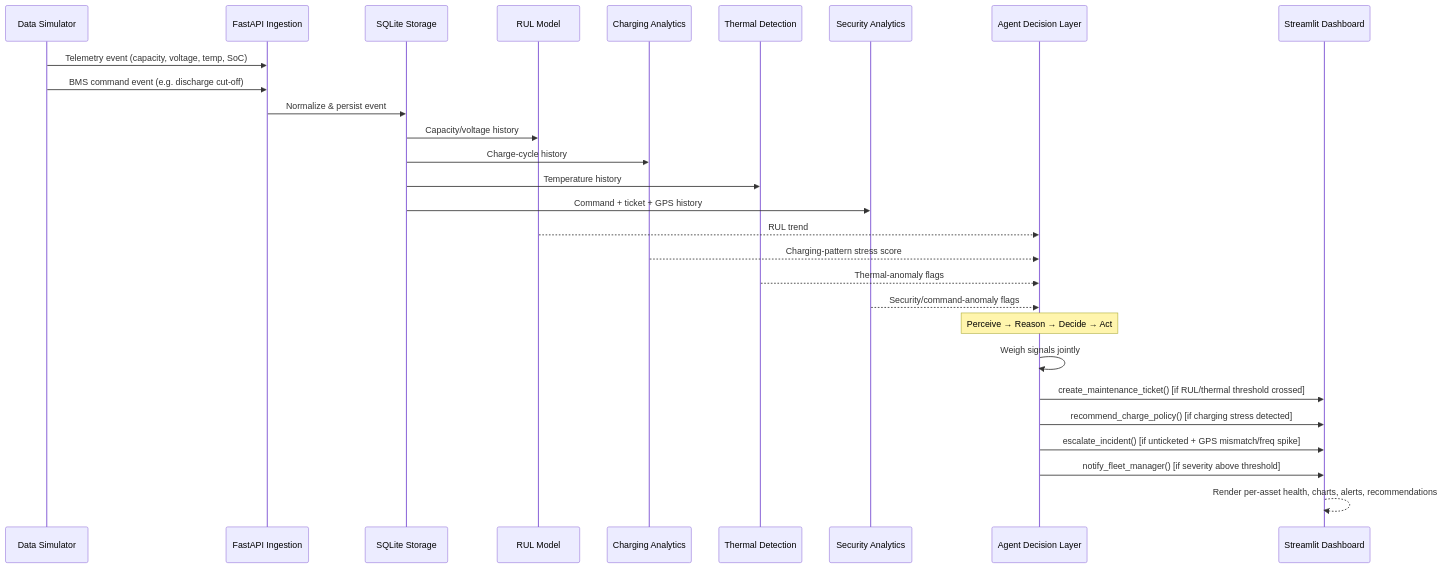
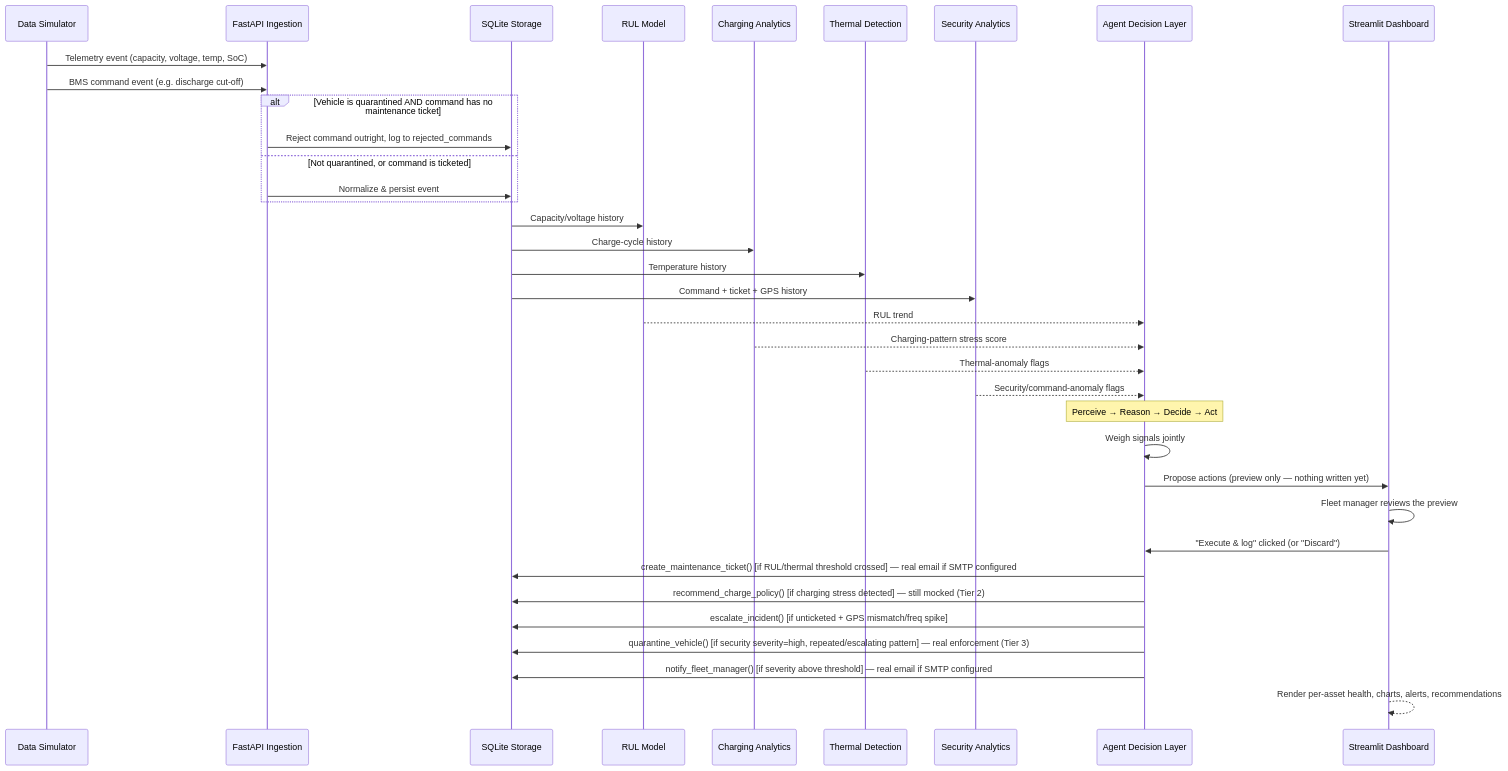
One commit to Yash2642k5/VOLTSENTINEL changed the second of 6 diagrams in README.md. Above: the diagram before and after it, drawn with Mermaid. The commit also changed other lines of this file, not shown here.

````diff
--- a/README.md
+++ b/README.md
@@ -182,36 +196,44 @@
 ```mermaid
 sequenceDiagram
     participant Sim as Data Simulator
     participant API as FastAPI Ingestion
     participant DB as SQLite Storage
     participant RUL as RUL Model
     participant Chg as Charging Analytics
     participant Therm as Thermal Detection
     participant Sec as Security Analytics
     participant Agent as Agent Decision Layer
     participant UI as Streamlit Dashboard
 
     Sim->>API: Telemetry event (capacity, voltage, temp, SoC)
     Sim->>API: BMS command event (e.g. discharge cut-off)
-    API->>DB: Normalize & persist event
+    alt Vehicle is quarantined AND command has no maintenance ticket
+        API->>DB: Reject command outright, log to rejected_commands
+    else Not quarantined, or command is ticketed
+        API->>DB: Normalize & persist event
+    end
 
     DB->>RUL: Capacity/voltage history
     DB->>Chg: Charge-cycle history
     DB->>Therm: Temperature history
     DB->>Sec: Command + ticket + GPS history
 
     RUL-->>Agent: RUL trend
     Chg-->>Agent: Charging-pattern stress score
     Therm-->>Agent: Thermal-anomaly flags
     Sec-->>Agent: Security/command-anomaly flags
 
     Note over Agent: Perceive → Reason → Decide → Act
 
     Agent->>Agent: Weigh signals jointly
-    Agent->>UI: create_maintenance_ticket() [if RUL/thermal threshold crossed]
-    Agent->>UI: recommend_charge_policy() [if charging stress detected]
-    Agent->>UI: escalate_incident() [if unticketed + GPS mismatch/freq spike]
-    Agent->>UI: notify_fleet_manager() [if severity above threshold]
+    Agent->>UI: Propose actions (preview only — nothing written yet)
+    UI->>UI: Fleet manager reviews the preview
+    UI->>Agent: "Execute & log" clicked (or "Discard")
+    Agent->>DB: create_maintenance_ticket() [if RUL/thermal threshold crossed] — real email if SMTP configured
+    Agent->>DB: recommend_charge_policy() [if charging stress detected] — still mocked (Tier 2)
+    Agent->>DB: escalate_incident() [if unticketed + GPS mismatch/freq spike]
+    Agent->>DB: quarantine_vehicle() [if security severity=high, repeated/escalating pattern] — real enforcement (Tier 3)
+    Agent->>DB: notify_fleet_manager() [if severity above threshold] — real email if SMTP configured
 
     UI-->>UI: Render per-asset health, charts, alerts, recommendations
 ```
````
